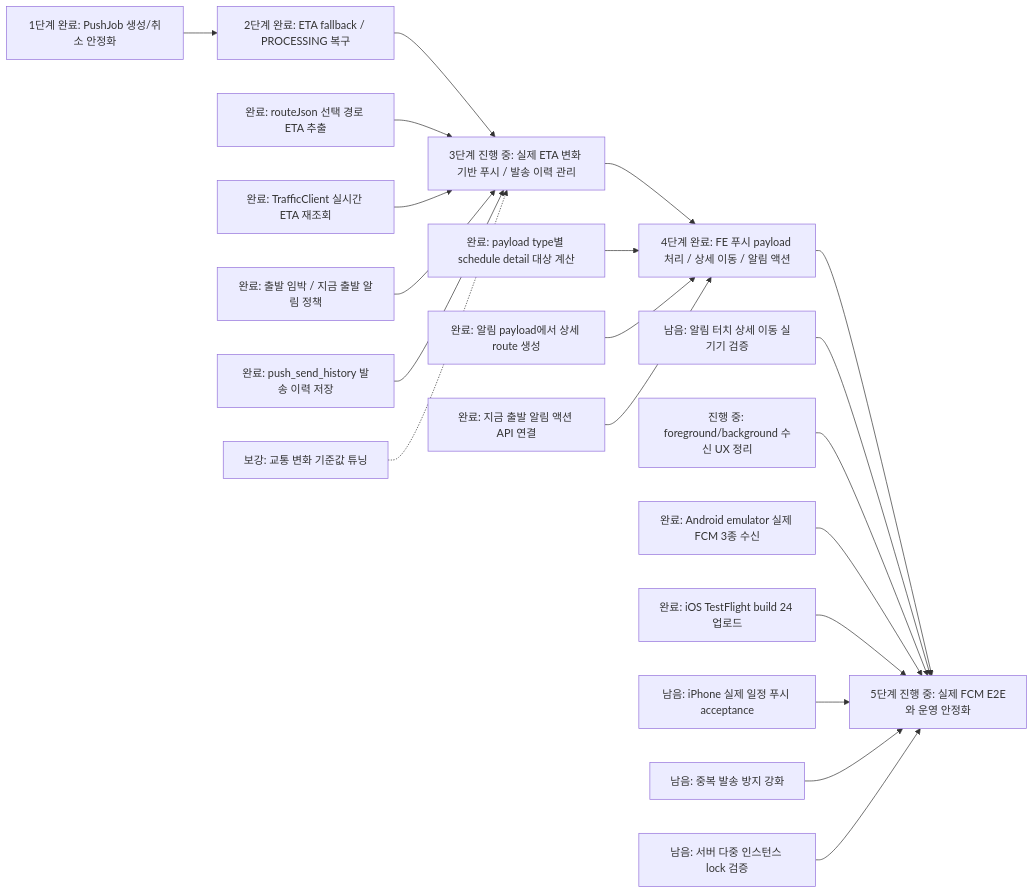
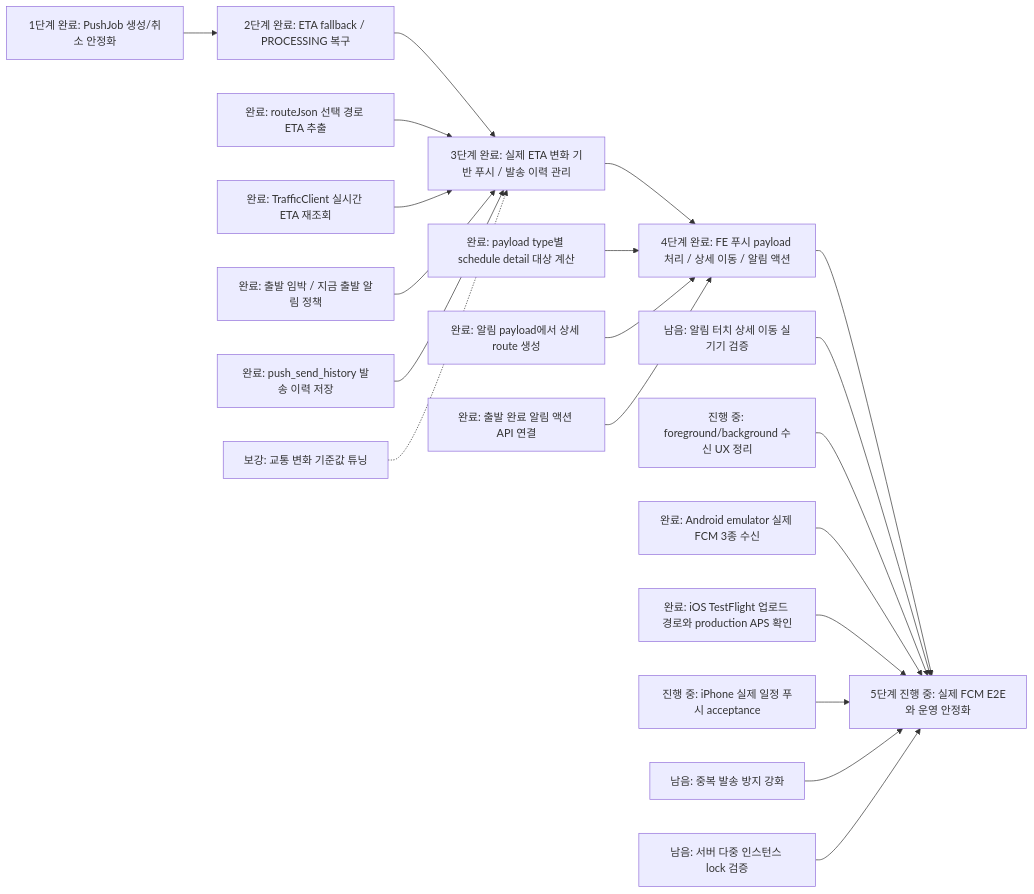
Before and after one commit to NoLate-Project/NoLate_BE: the fifth of 5 diagrams in docs/schedule/schedule-push-codex-handoff.md, drawn with Mermaid. The commit also changed other lines of this file and 6 other files, not shown here.

Commit message:
docs: update push roadmap status

````diff
--- a/docs/schedule/schedule-push-codex-handoff.md
+++ b/docs/schedule/schedule-push-codex-handoff.md
@@ -295,25 +302,25 @@
 ```mermaid
 flowchart LR
   A["1단계 완료: PushJob 생성/취소 안정화"] --> B["2단계 완료: ETA fallback / PROCESSING 복구"]
-  B --> C["3단계 진행 중: 실제 ETA 변화 기반 푸시 / 발송 이력 관리"]
+  B --> C["3단계 완료: 실제 ETA 변화 기반 푸시 / 발송 이력 관리"]
   C --> D["4단계 완료: FE 푸시 payload 처리 / 상세 이동 / 알림 액션"]
   D --> E["5단계 진행 중: 실제 FCM E2E와 운영 안정화"]
 
   C1["완료: routeJson 선택 경로 ETA 추출"] --> C
   C2["완료: TrafficClient 실시간 ETA 재조회"] --> C
   C3["완료: 출발 임박 / 지금 출발 알림 정책"] --> C
   C5["완료: push_send_history 발송 이력 저장"] --> C
   C4["보강: 교통 변화 기준값 튜닝"] -.-> C
 
   D1["완료: payload type별 schedule detail 대상 계산"] --> D
   D5["완료: 알림 payload에서 상세 route 생성"] --> D
-  D2["완료: 지금 출발 알림 액션 API 연결"] --> D
+  D2["완료: 출발 완료 알림 액션 API 연결"] --> D
   D3["남음: 알림 터치 상세 이동 실기기 검증"] --> E
   D4["진행 중: foreground/background 수신 UX 정리"] --> E
 
   E1["완료: Android emulator 실제 FCM 3종 수신"] --> E
-  E2["완료: iOS TestFlight build 24 업로드"] --> E
-  E3["남음: iPhone 실제 일정 푸시 acceptance"] --> E
+  E2["완료: iOS TestFlight 업로드 경로와 production APS 확인"] --> E
+  E3["진행 중: iPhone 실제 일정 푸시 acceptance"] --> E
   E4["남음: 중복 발송 방지 강화"] --> E
   E5["남음: 서버 다중 인스턴스 lock 검증"] --> E
 ```
````
